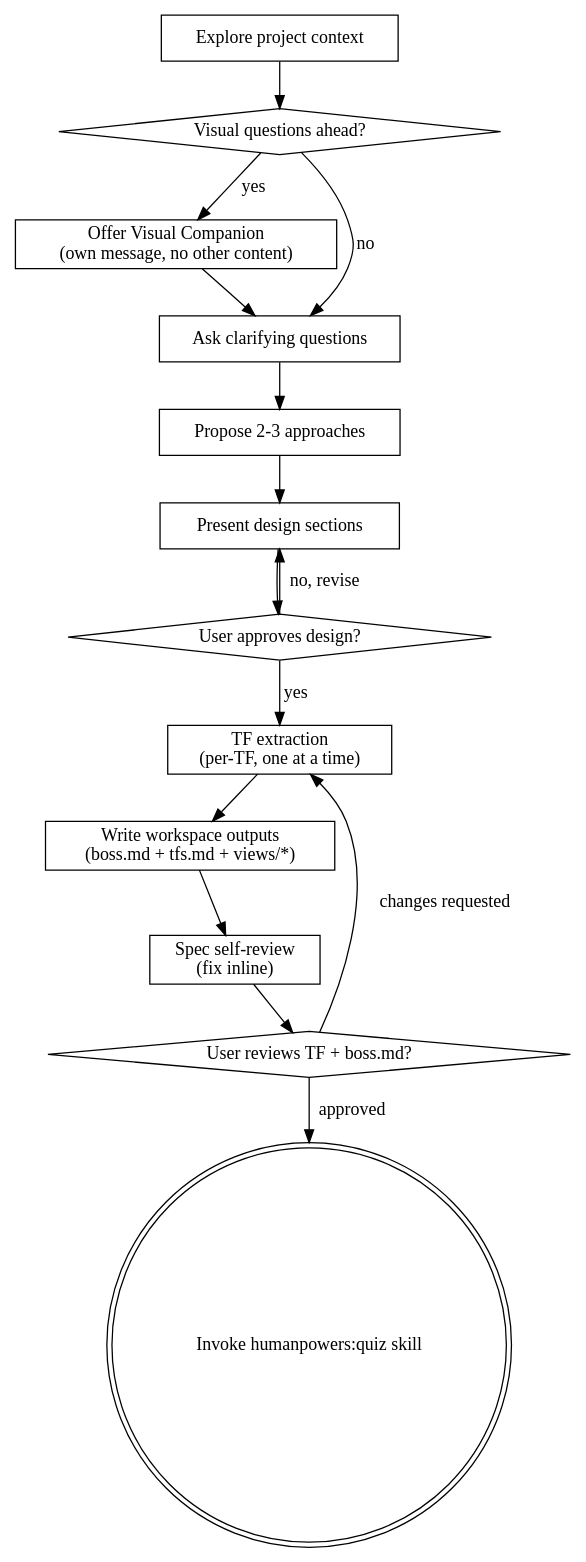
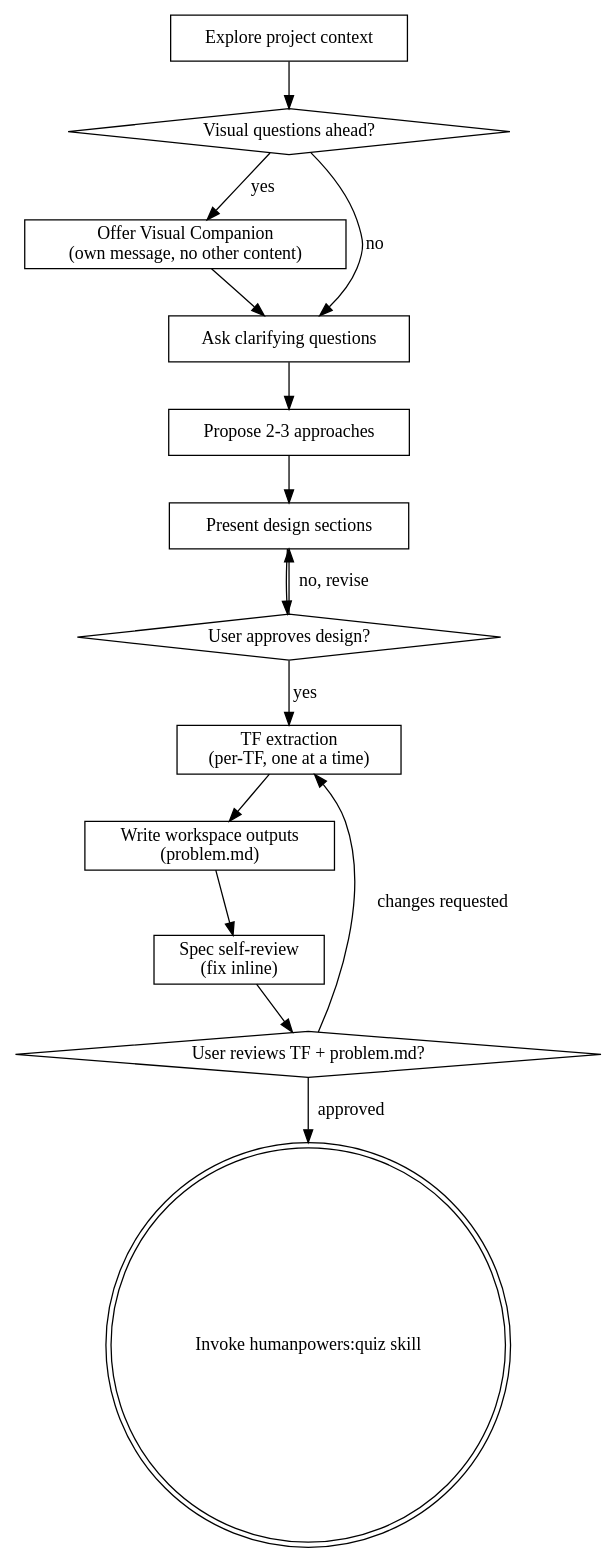
Before and after one commit to yoonjong12/humanpowers: the diagram in skills/brainstorming/SKILL.md, drawn with Graphviz. The commit also changed other lines of this file, not shown here.

Commit message:
brainstorming: emit problem.md, transition phase to problem-defined

````diff
--- a/skills/brainstorming/SKILL.md
+++ b/skills/brainstorming/SKILL.md
@@ -49,31 +65,31 @@
 ```dot
 digraph brainstorming {
     "Explore project context" [shape=box];
     "Visual questions ahead?" [shape=diamond];
     "Offer Visual Companion\n(own message, no other content)" [shape=box];
     "Ask clarifying questions" [shape=box];
     "Propose 2-3 approaches" [shape=box];
     "Present design sections" [shape=box];
     "User approves design?" [shape=diamond];
     "TF extraction\n(per-TF, one at a time)" [shape=box];
-    "Write workspace outputs\n(boss.md + tfs.md + views/*)" [shape=box];
+    "Write workspace outputs\n(problem.md)" [shape=box];
     "Spec self-review\n(fix inline)" [shape=box];
-    "User reviews TF + boss.md?" [shape=diamond];
+    "User reviews TF + problem.md?" [shape=diamond];
     "Invoke humanpowers:quiz skill" [shape=doublecircle];
 
     "Explore project context" -> "Visual questions ahead?";
     "Visual questions ahead?" -> "Offer Visual Companion\n(own message, no other content)" [label="yes"];
     "Visual questions ahead?" -> "Ask clarifying questions" [label="no"];
     "Offer Visual Companion\n(own message, no other content)" -> "Ask clarifying questions";
     "Ask clarifying questions" -> "Propose 2-3 approaches";
     "Propose 2-3 approaches" -> "Present design sections";
     "Present design sections" -> "User approves design?";
     "User approves design?" -> "Present design sections" [label="no, revise"];
     "User approves design?" -> "TF extraction\n(per-TF, one at a time)" [label="yes"];
-    "TF extraction\n(per-TF, one at a time)" -> "Write workspace outputs\n(boss.md + tfs.md + views/*)";
-    "Write workspace outputs\n(boss.md + tfs.md + views/*)" -> "Spec self-review\n(fix inline)";
-    "Spec self-review\n(fix inline)" -> "User reviews TF + boss.md?";
-    "User reviews TF + boss.md?" -> "TF extraction\n(per-TF, one at a time)" [label="changes requested"];
-    "User reviews TF + boss.md?" -> "Invoke humanpowers:quiz skill" [label="approved"];
+    "TF extraction\n(per-TF, one at a time)" -> "Write workspace outputs\n(problem.md)";
+    "Write workspace outputs\n(problem.md)" -> "Spec self-review\n(fix inline)";
+    "Spec self-review\n(fix inline)" -> "User reviews TF + problem.md?";
+    "User reviews TF + problem.md?" -> "TF extraction\n(per-TF, one at a time)" [label="changes requested"];
+    "User reviews TF + problem.md?" -> "Invoke humanpowers:quiz skill" [label="approved"];
 }
 ```
````
